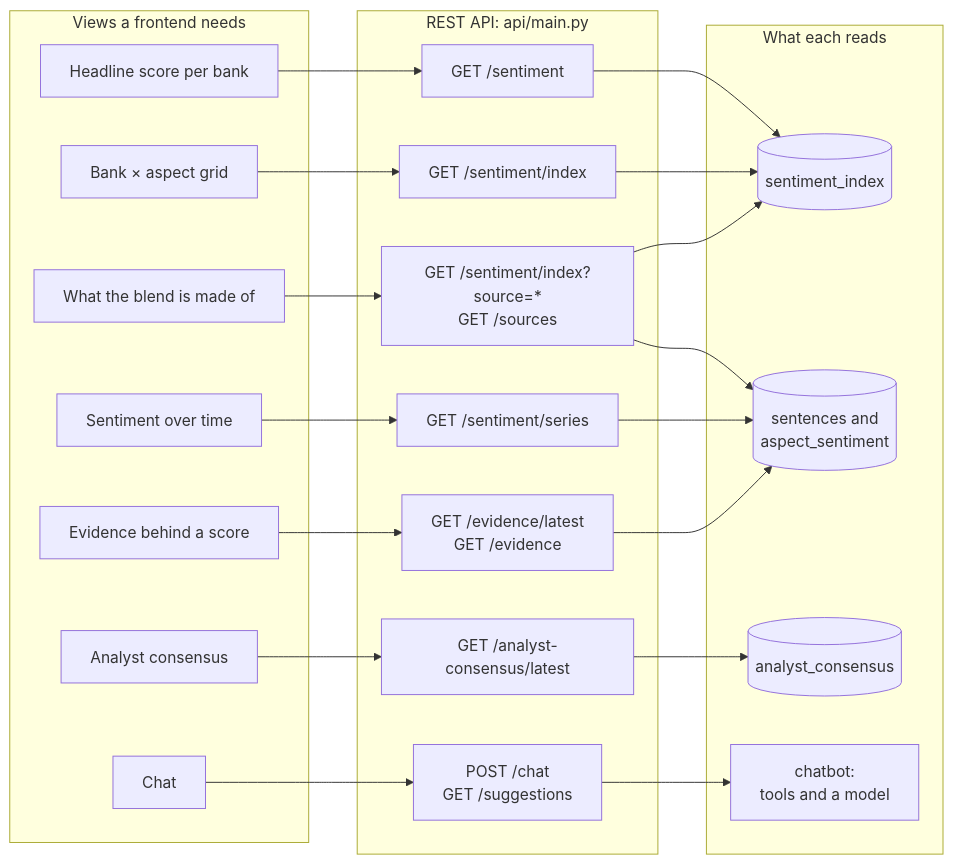
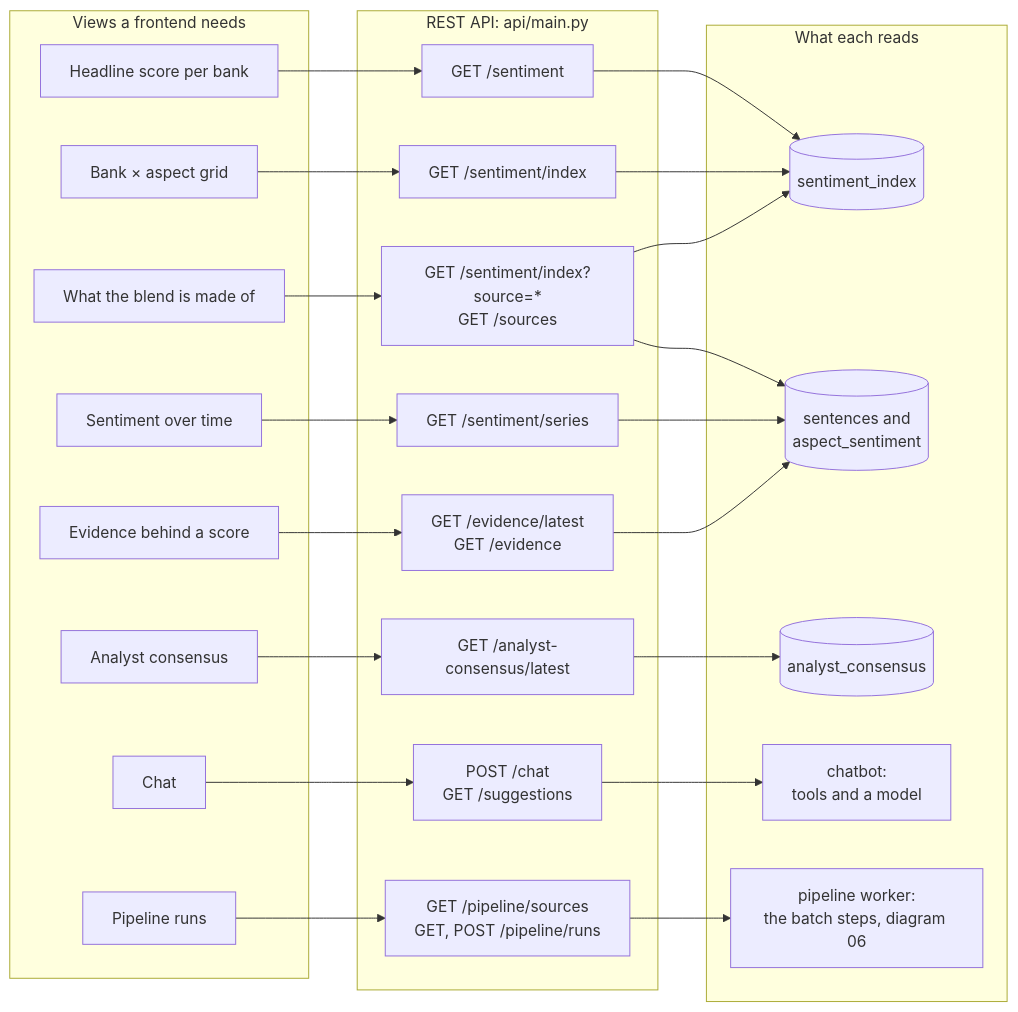
One commit to Gavingyh/plp-project changed the diagram in docs/diagrams/src/19-api-for-a-dashboard.mmd. Above: the diagram before and after it, drawn with Mermaid. The commit also changed 124 other files, not shown here.

```diff
--- a/docs/diagrams/src/19-api-for-a-dashboard.mmd
+++ b/docs/diagrams/src/19-api-for-a-dashboard.mmd
@@ -1,46 +1,51 @@
 flowchart LR
   accTitle: The API behind a dashboard
-  accDescr: Each view a dashboard needs, the API endpoint that feeds it, and what that endpoint reads. The Streamlit dashboard in this repository reads the database directly; this is the contract for any frontend on the API.
+  accDescr: Each view a dashboard needs, the API endpoint that feeds it, and what that endpoint reads. The Streamlit dashboard in this repository reads through the API; this is the contract for it and for any other frontend.
 
   subgraph views["Views a frontend needs"]
     v1["Headline score per bank"]
     v2["Bank × aspect grid"]
     v3["What the blend is made of"]
     v4["Sentiment over time"]
     v5["Analyst consensus"]
     v6["Evidence behind a score"]
     v7["Chat"]
+    v8["Pipeline runs"]
   end
 
   subgraph api["REST API: api/main.py"]
     e1["GET /sentiment"]
     e2["GET /sentiment/index"]
     e3["GET /sentiment/index?source=*<br/>GET /sources"]
     e4["GET /sentiment/series"]
     e5["GET /analyst-consensus/latest"]
     e6["GET /evidence/latest<br/>GET /evidence"]
     e7["POST /chat<br/>GET /suggestions"]
+    e8["GET /pipeline/sources<br/>GET, POST /pipeline/runs"]
   end
 
   subgraph reads["What each reads"]
     idx[("sentiment_index")]
     sent[("sentences and<br/>aspect_sentiment")]
     ac[("analyst_consensus")]
     bot["chatbot:<br/>tools and a model"]
+    work["pipeline worker:<br/>the batch steps, diagram 06"]
   end
 
   v1 --> e1
   v2 --> e2
   v3 --> e3
   v4 --> e4
   v5 --> e5
   v6 --> e6
   v7 --> e7
+  v8 --> e8
   e1 --> idx
   e2 --> idx
   e3 --> idx
   e3 --> sent
   e4 --> sent
   e5 --> ac
   e6 --> sent
   e7 --> bot
+  e8 --> work
```
